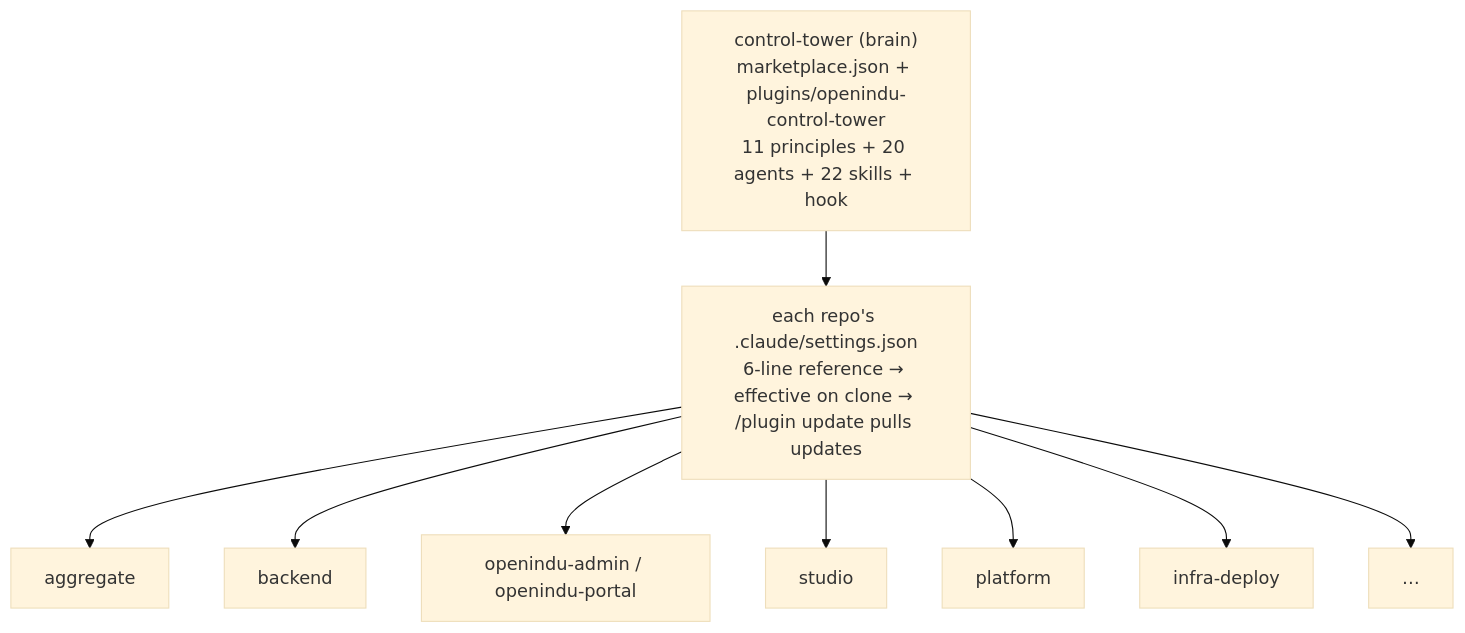
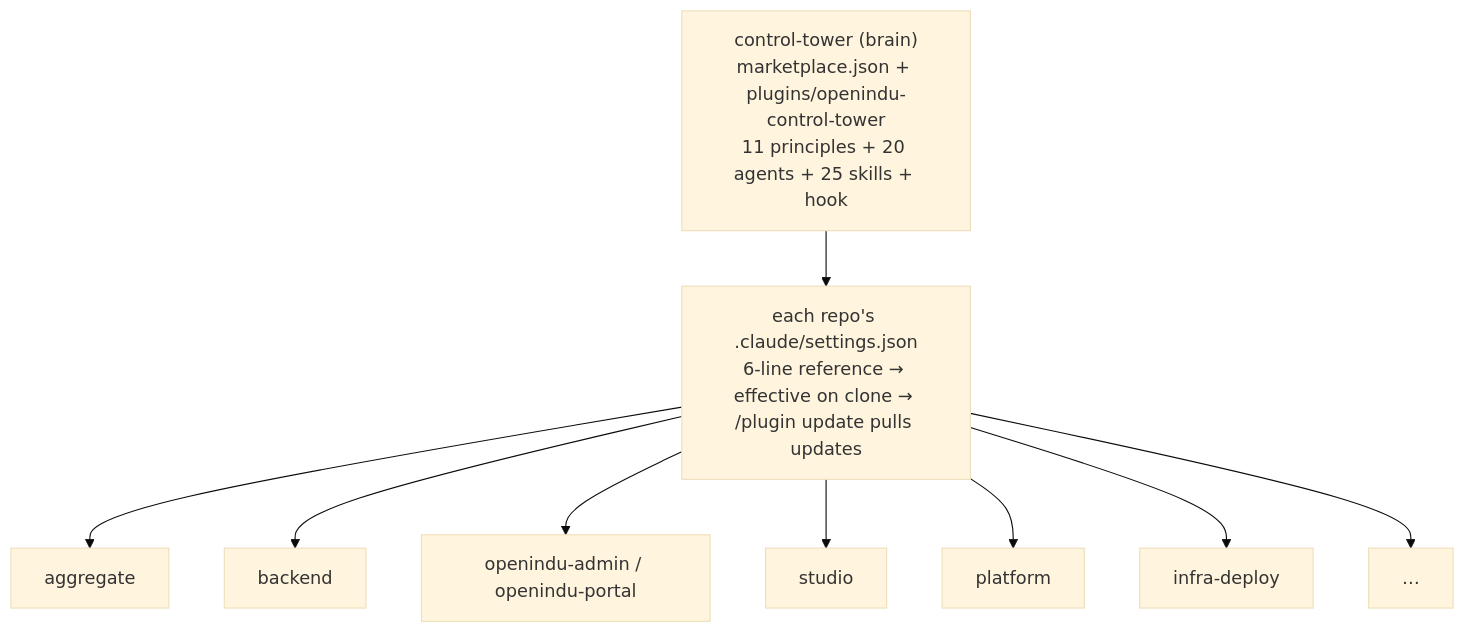
The first of 2 diagrams in AGENTS.md (openIndu/control-tower), drawn with Mermaid (base theme) before and after one commit. The commit also changed other lines of this file and 14 other files, not shown here.

````diff
--- a/AGENTS.md
+++ b/AGENTS.md
@@ -45,13 +45,13 @@
 ```mermaid
 graph TD
-    brain["control-tower (brain)<br/>marketplace.json + plugins/openindu-control-tower<br/>11 principles + 20 agents + 22 skills + hook"]
+    brain["control-tower (brain)<br/>marketplace.json + plugins/openindu-control-tower<br/>11 principles + 20 agents + 25 skills + hook"]
     settings["each repo's .claude/settings.json<br/>6-line reference → effective on clone → /plugin update pulls updates"]
     brain --> settings
     settings --> aggregate
     settings --> backend
     settings --> adminportal["openindu-admin / openindu-portal"]
     settings --> studio
     settings --> platform
     settings --> infra["infra-deploy"]
     settings --> more["…"]
 ```
````
